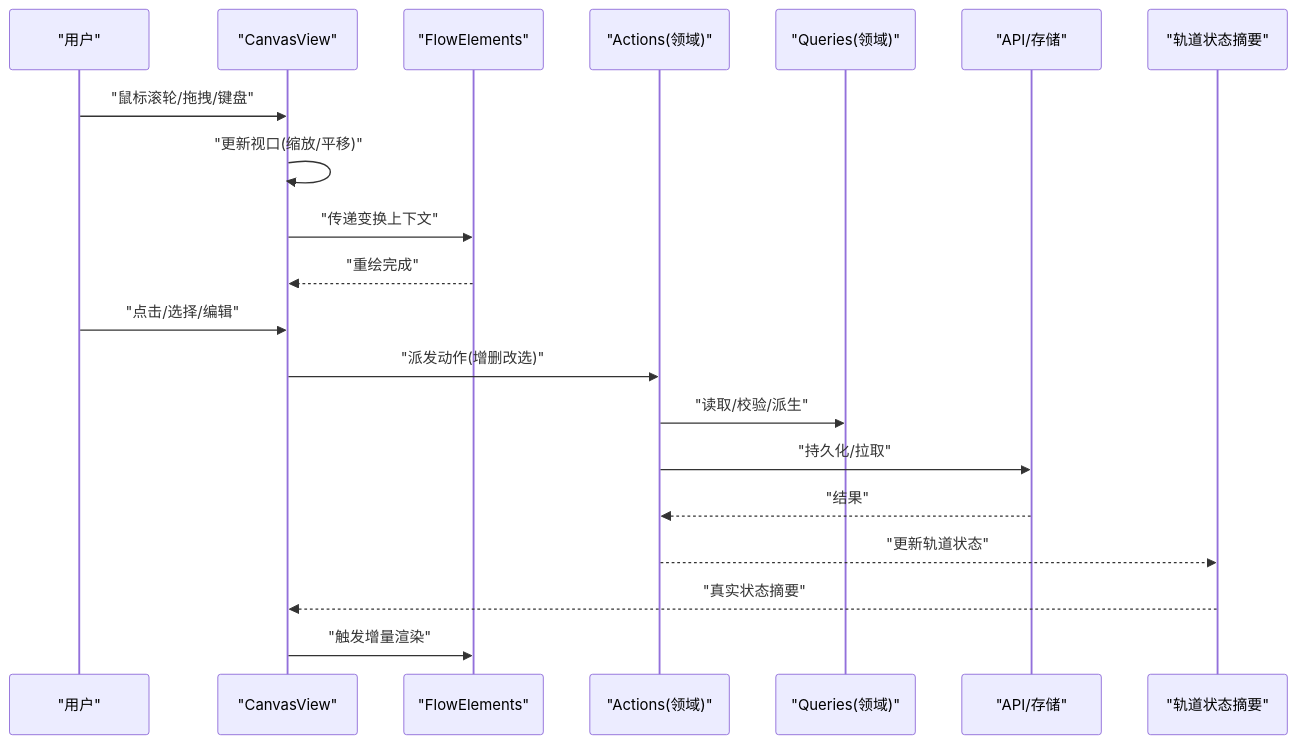
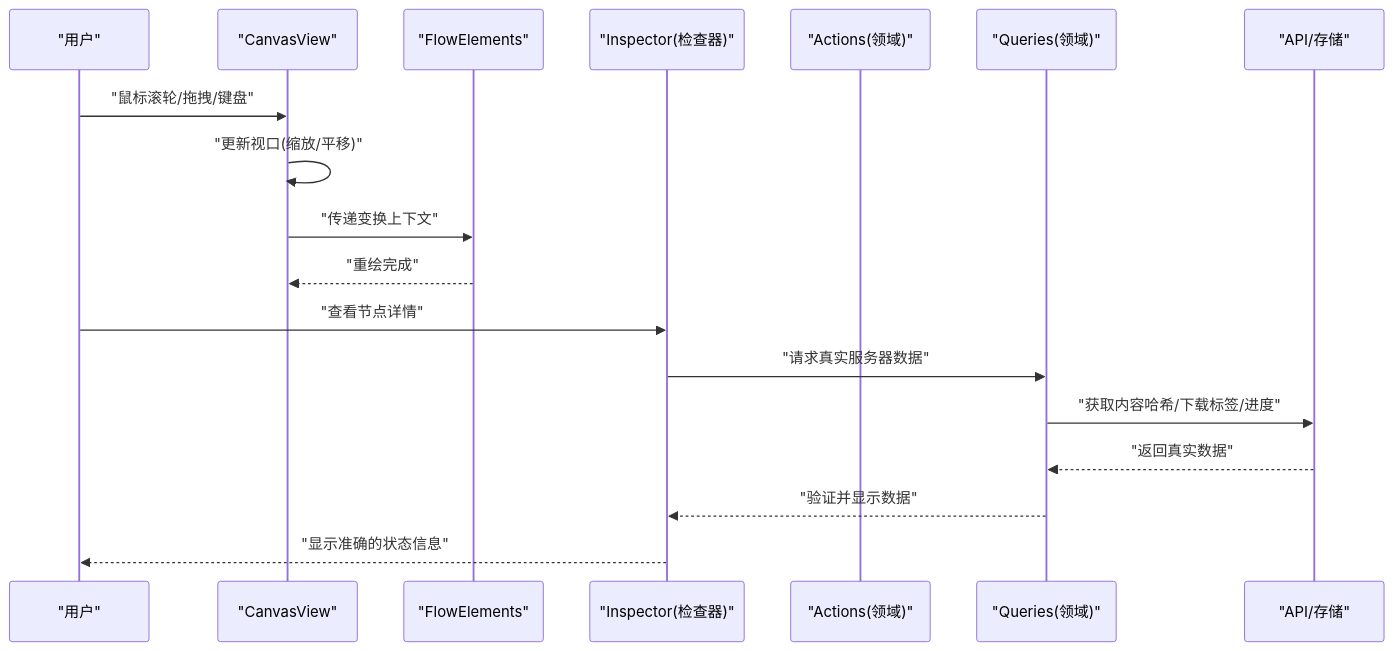
One commit to AIMFllyYS/code-video-canvas changed the second of 3 diagrams in .qoder/repowiki/zh/content/核心功能模块/画布编辑器/画布主视图.md. Above: the diagram before and after it, drawn with Mermaid. The commit also changed other lines of this file and 20 other files, not shown here.

````diff
--- a/.qoder/repowiki/zh/content/核心功能模块/画布编辑器/画布主视图.md
+++ b/.qoder/repowiki/zh/content/核心功能模块/画布编辑器/画布主视图.md
@@ -112,22 +108,20 @@
 ```mermaid
 sequenceDiagram
 participant U as "用户"
 participant V as "CanvasView"
 participant FE as "FlowElements"
+participant INS as "Inspector(检查器)"
 participant ACT as "Actions(领域)"
 participant QRY as "Queries(领域)"
 participant API as "API/存储"
-participant TSS as "轨道状态摘要"
 U->>V : "鼠标滚轮/拖拽/键盘"
 V->>V : "更新视口(缩放/平移)"
 V->>FE : "传递变换上下文"
 FE-->>V : "重绘完成"
-U->>V : "点击/选择/编辑"
-V->>ACT : "派发动作(增删改选)"
-ACT->>QRY : "读取/校验/派生"
-ACT->>API : "持久化/拉取"
-API-->>ACT : "结果"
-ACT-->>TSS : "更新轨道状态"
-TSS-->>V : "真实状态摘要"
-V->>FE : "触发增量渲染"
+U->>INS : "查看节点详情"
+INS->>QRY : "请求真实服务器数据"
+QRY->>API : "获取内容哈希/下载标签/进度"
+API-->>QRY : "返回真实数据"
+QRY-->>INS : "验证并显示数据"
+INS-->>U : "显示准确的状态信息"
 ```
````
